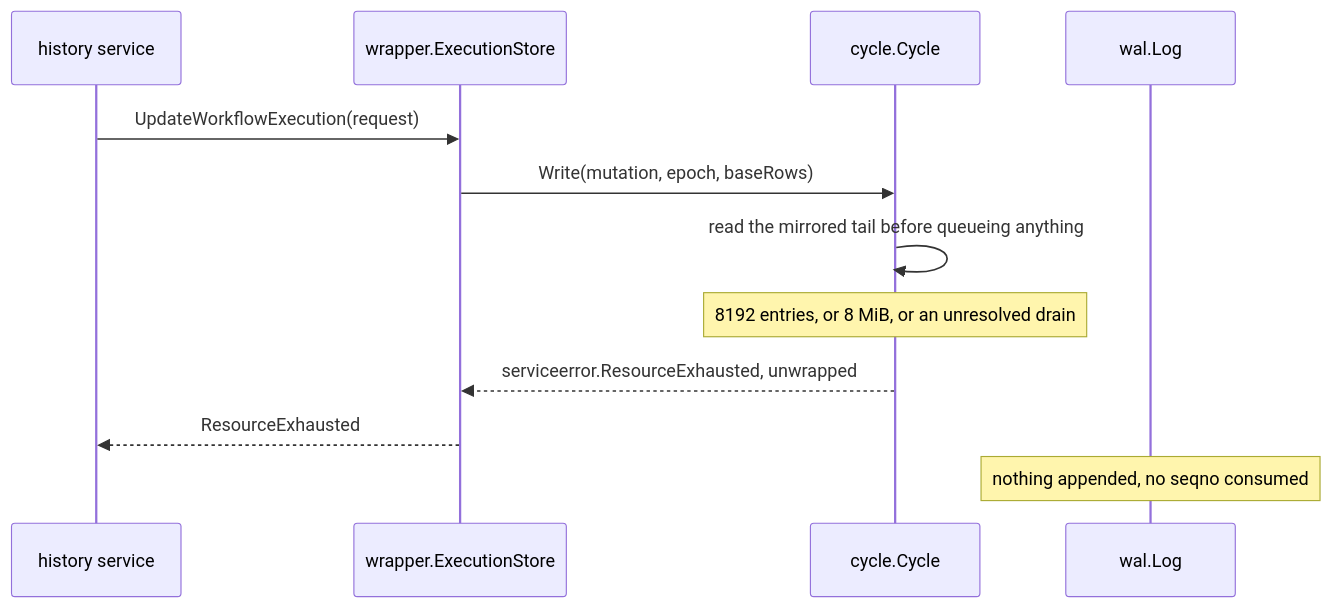
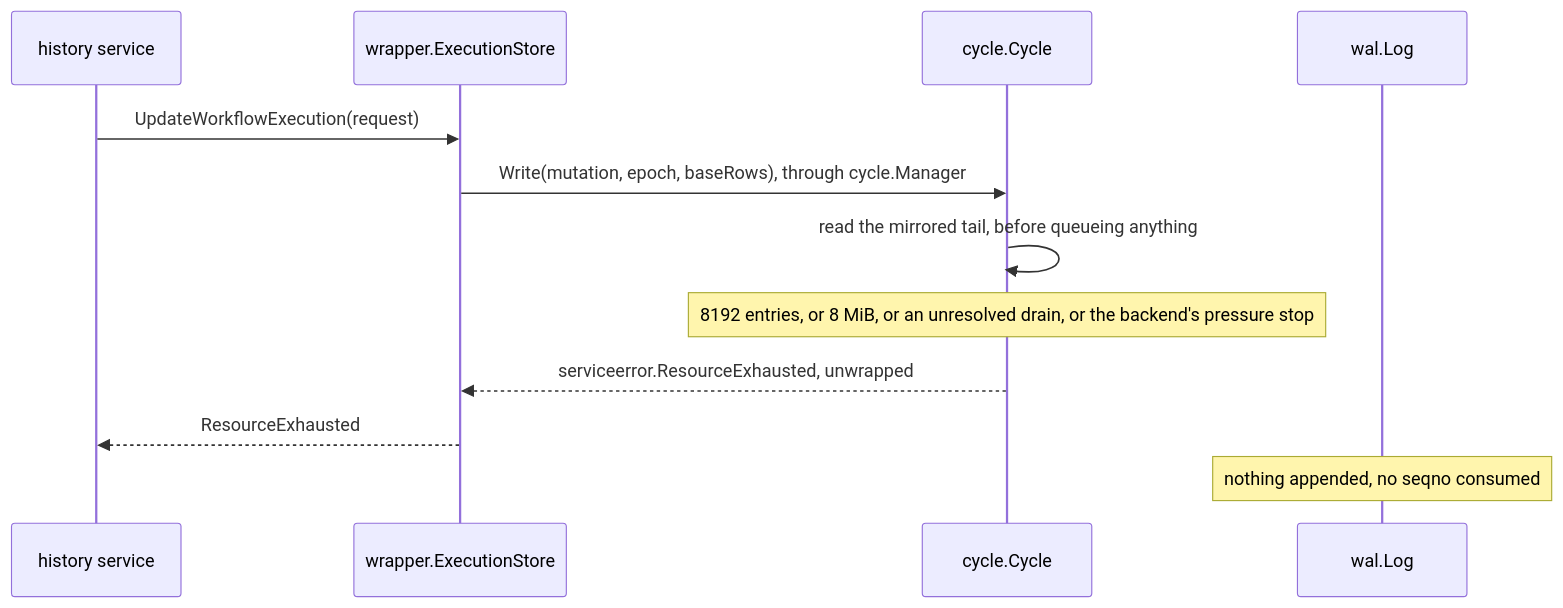
One commit to aromanovich/waltz changed the fifth of 9 diagrams in docs/handbook/05-write-path.md. Above: the diagram before and after it, drawn with Mermaid. The commit also changed other lines of this file and 187 other files, not shown here.

````diff
--- a/docs/handbook/05-write-path.md
+++ b/docs/handbook/05-write-path.md
@@ -400,15 +326,15 @@
 ```mermaid
 sequenceDiagram
   participant HS as history service
   participant ES as wrapper.ExecutionStore
   participant CY as cycle.Cycle
   participant LOG as wal.Log
 
   HS->>ES: UpdateWorkflowExecution(request)
-  ES->>CY: Write(mutation, epoch, baseRows)
-  CY->>CY: read the mirrored tail before queueing anything
-  Note over CY: 8192 entries, or 8 MiB, or an unresolved drain
+  ES->>CY: Write(mutation, epoch, baseRows), through cycle.Manager
+  CY->>CY: read the mirrored tail, before queueing anything
+  Note over CY: 8192 entries, or 8 MiB, or an unresolved drain, or the backend's pressure stop
   CY-->>ES: serviceerror.ResourceExhausted, unwrapped
   ES-->>HS: ResourceExhausted
   Note over LOG: nothing appended, no seqno consumed
 ```
````
